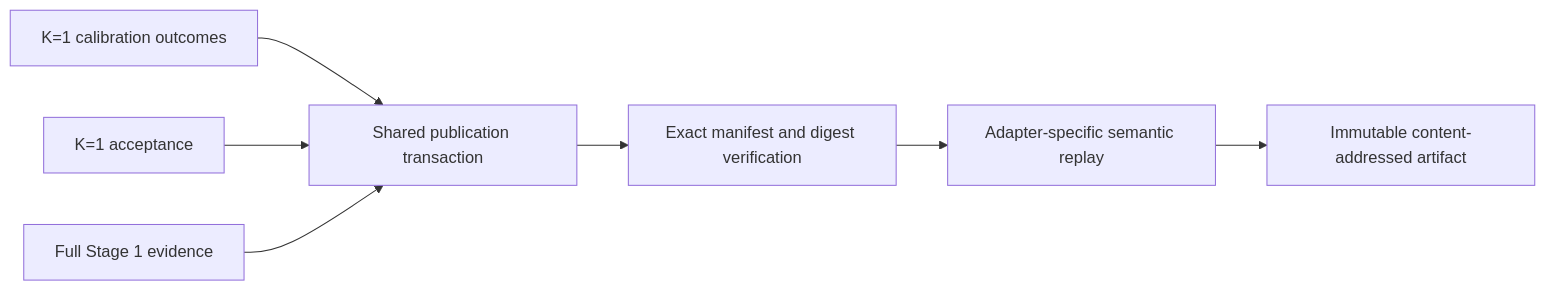
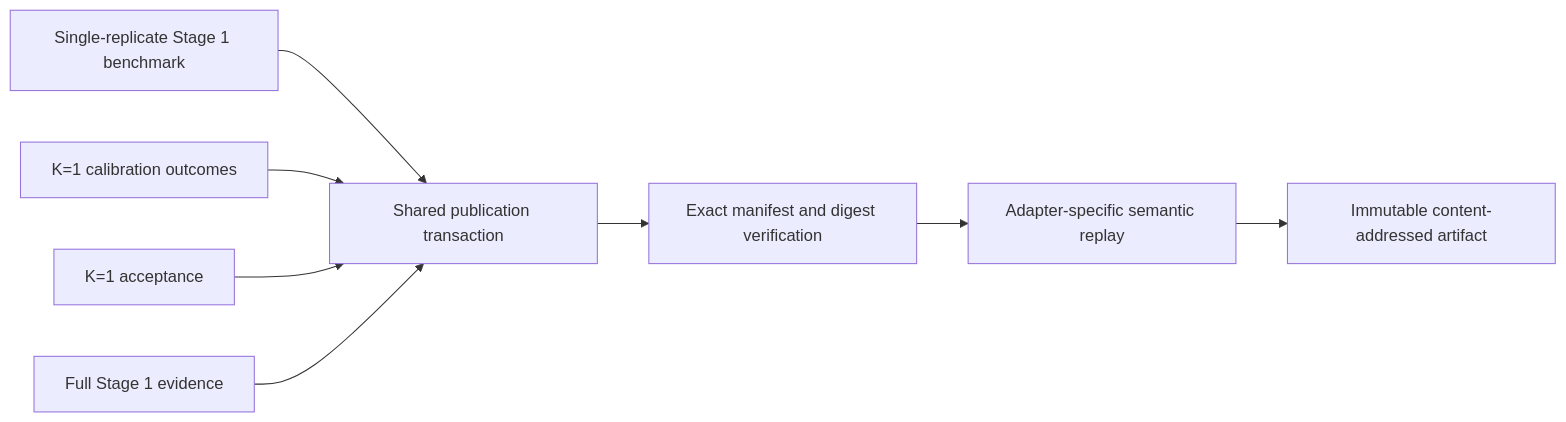
The diagram in .github/landing-proof/issue-211/README.md (drejom/landscapeR), drawn with Mermaid before and after one commit. The commit also changed other lines of this file and 17 other files, not shown here.

````diff
--- a/.github/landing-proof/issue-211/README.md
+++ b/.github/landing-proof/issue-211/README.md
@@ -6,9 +6,10 @@
 ```mermaid
 flowchart LR
+  B[Single-replicate Stage 1 benchmark] --> P[Shared publication transaction]
   C[K=1 calibration outcomes] --> P[Shared publication transaction]
   A[K=1 acceptance] --> P
   S[Full Stage 1 evidence] --> P
   P --> V[Exact manifest and digest verification]
   V --> R[Adapter-specific semantic replay]
   R --> I[Immutable content-addressed artifact]
 ```
````
